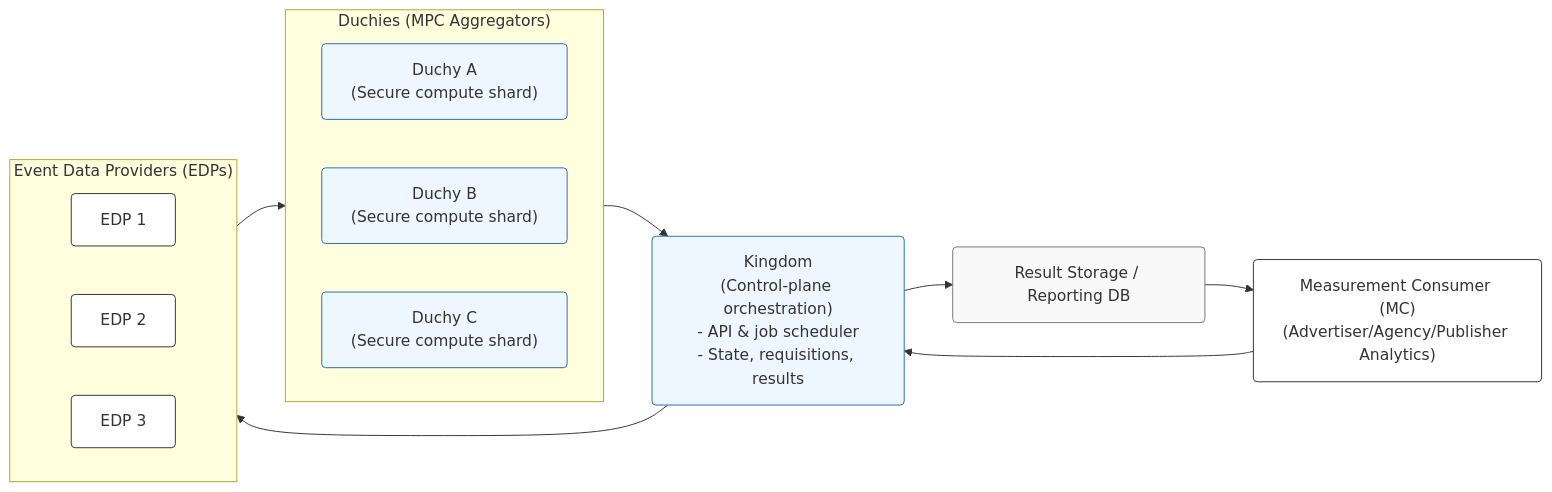
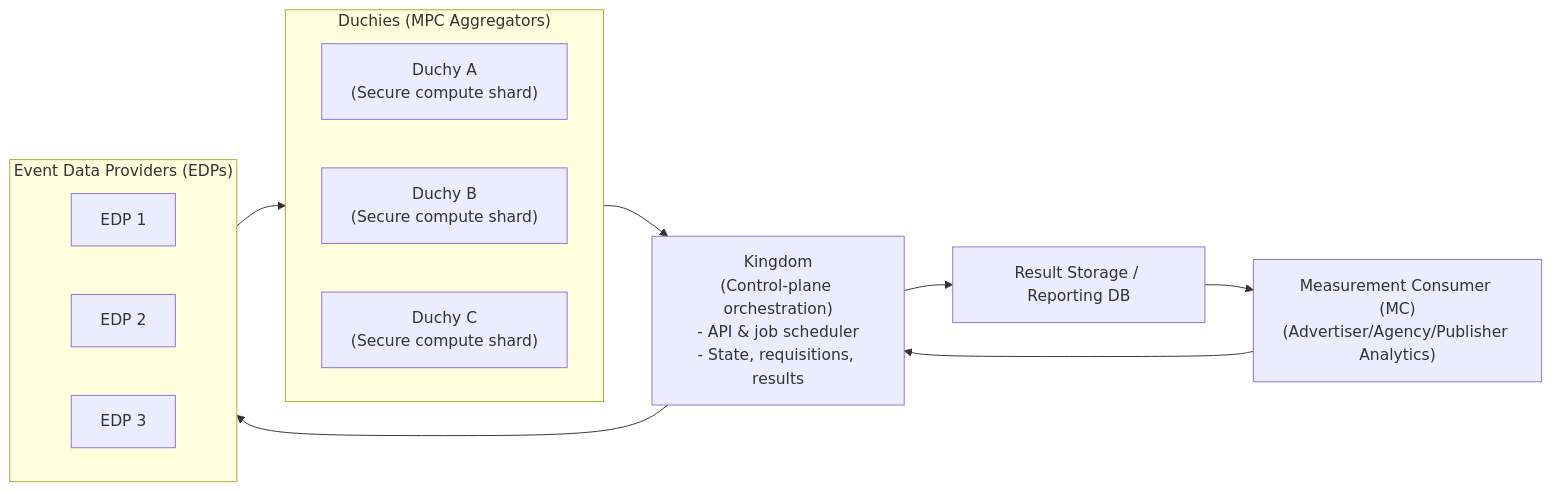
The first of 6 diagrams in cross-media-computation.md (EmiRoberti77/halo_doc), drawn with Mermaid before and after one commit. The commit also changed other lines of this file, not shown here.

````diff
--- a/cross-media-computation.md
+++ b/cross-media-computation.md
@@ -17,29 +17,25 @@
 ```mermaid
 flowchart LR
-  classDef svc fill:#eef7ff,stroke:#2b6cb0,rx:4px,ry:4px;
-  classDef store fill:#f9f9f9,stroke:#777,rx:4px,ry:4px;
-  classDef ext fill:#fff,stroke:#333,rx:4px,ry:4px;
-
-  MC["Measurement Consumer (MC)\n(Advertiser/Agency/Publisher Analytics)"]:::ext
-  Kingdom["Kingdom\n(Control-plane orchestration)\n- API & job scheduler\n- State, requisitions, results"]:::svc
+  MC["Measurement Consumer (MC)\n(Advertiser/Agency/Publisher Analytics)"]
+  Kingdom["Kingdom\n(Control-plane orchestration)\n- API & job scheduler\n- State, requisitions, results"]
   subgraph Duchies["Duchies (MPC Aggregators)"]
     direction LR
-    D1["Duchy A\n(Secure compute shard)"]:::svc
-    D2["Duchy B\n(Secure compute shard)"]:::svc
-    D3["Duchy C\n(Secure compute shard)"]:::svc
+    D1["Duchy A\n(Secure compute shard)"]
+    D2["Duchy B\n(Secure compute shard)"]
+    D3["Duchy C\n(Secure compute shard)"]
   end
   subgraph EDPs["Event Data Providers (EDPs)"]
     direction LR
-    E1["EDP 1"]:::ext
-    E2["EDP 2"]:::ext
-    E3["EDP 3"]:::ext
+    E1["EDP 1"]
+    E2["EDP 2"]
+    E3["EDP 3"]
   end
-  Store["Result Storage / Reporting DB"]:::store
+  Store["Result Storage / Reporting DB"]
 
   MC --> Kingdom
   Kingdom --> EDPs
   EDPs --> Duchies
   Duchies --> Kingdom
   Kingdom --> Store
   Store --> MC
 ```
````
